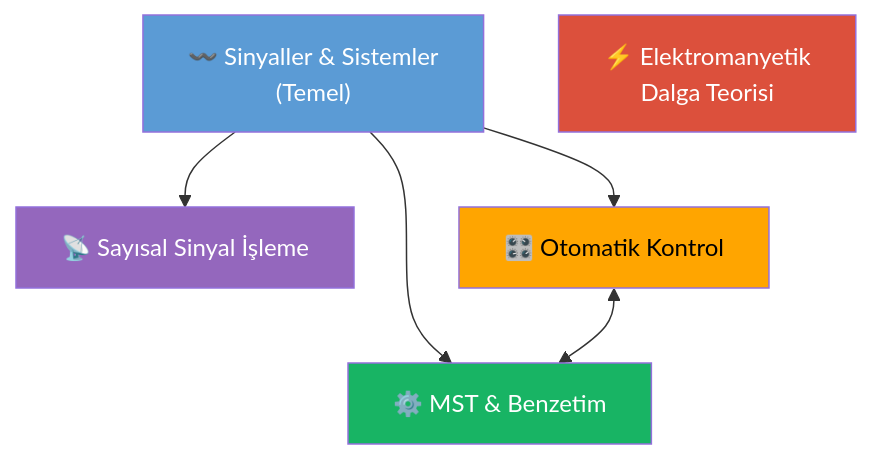
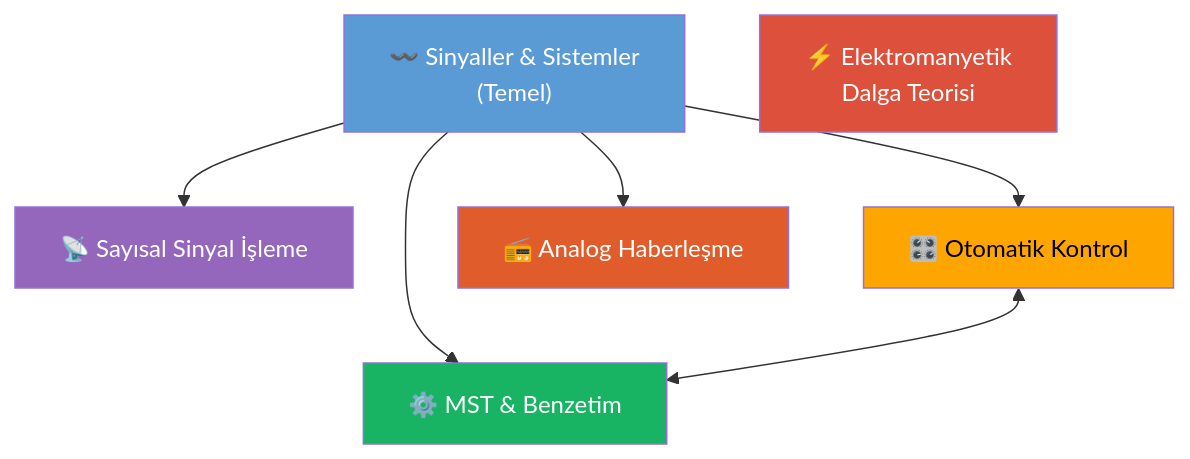
Before and after one commit to oguzhandavran/senioryearnotes: the first of 2 diagrams in HOME.md, drawn with Mermaid. The commit also changed other lines of this file and 21 other files, not shown here.

First line of the commit message:
add Analog Haberleşme dersi — 10 dosya, dataset'ten tam içerik

````diff
--- a/HOME.md
+++ b/HOME.md
@@ -26,14 +27,16 @@
 ```mermaid
 graph TD
     SS["〰️ Sinyaller & Sistemler\n(Temel)"] --> SSI["📡 Sayısal Sinyal İşleme"]
     SS --> OK["🎛️ Otomatik Kontrol"]
     SS --> MST["⚙️ MST & Benzetim"]
     OK <--> MST
     EMD["⚡ Elektromanyetik\nDalga Teorisi"]
+    SS --> AH["📻 Analog Haberleşme"]
 
     style SS fill:#5B9BD5,color:#fff
     style SSI fill:#9467BD,color:#fff
     style OK fill:#FFA500,color:#000
     style MST fill:#18B464,color:#fff
     style EMD fill:#DC503C,color:#fff
+    style AH fill:#E05C2A,color:#fff
 ```
````
